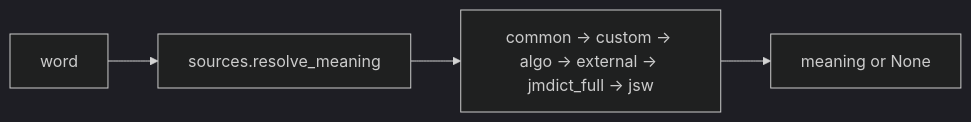
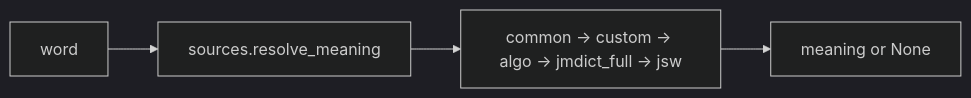
The sixth of 7 diagrams in notes/flowchart.md (PikaPikaGems/kanji-heatmap-data), drawn with Mermaid (dark theme) before and after one commit. The commit also changed other lines of this file and 5 other files, not shown here.

First line of the commit message:
Remove the external-dict meaning cache; JMdict + manual overrides cover it

````diff
--- a/notes/flowchart.md
+++ b/notes/flowchart.md
@@ -245,6 +241,6 @@
 ```mermaid
 flowchart LR
     w[word] --> R[sources.resolve_meaning]
-    R --> o["common → custom → algo → external → jmdict_full → jsw"]
+    R --> o["common → custom → algo → jmdict_full → jsw"]
     o --> m[meaning or None]
 ```
````
